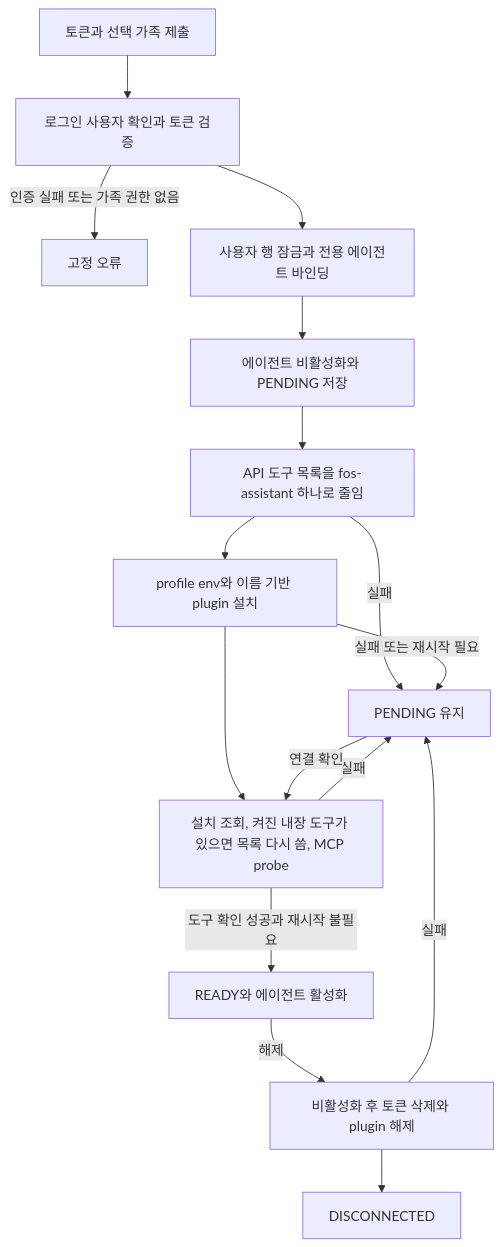
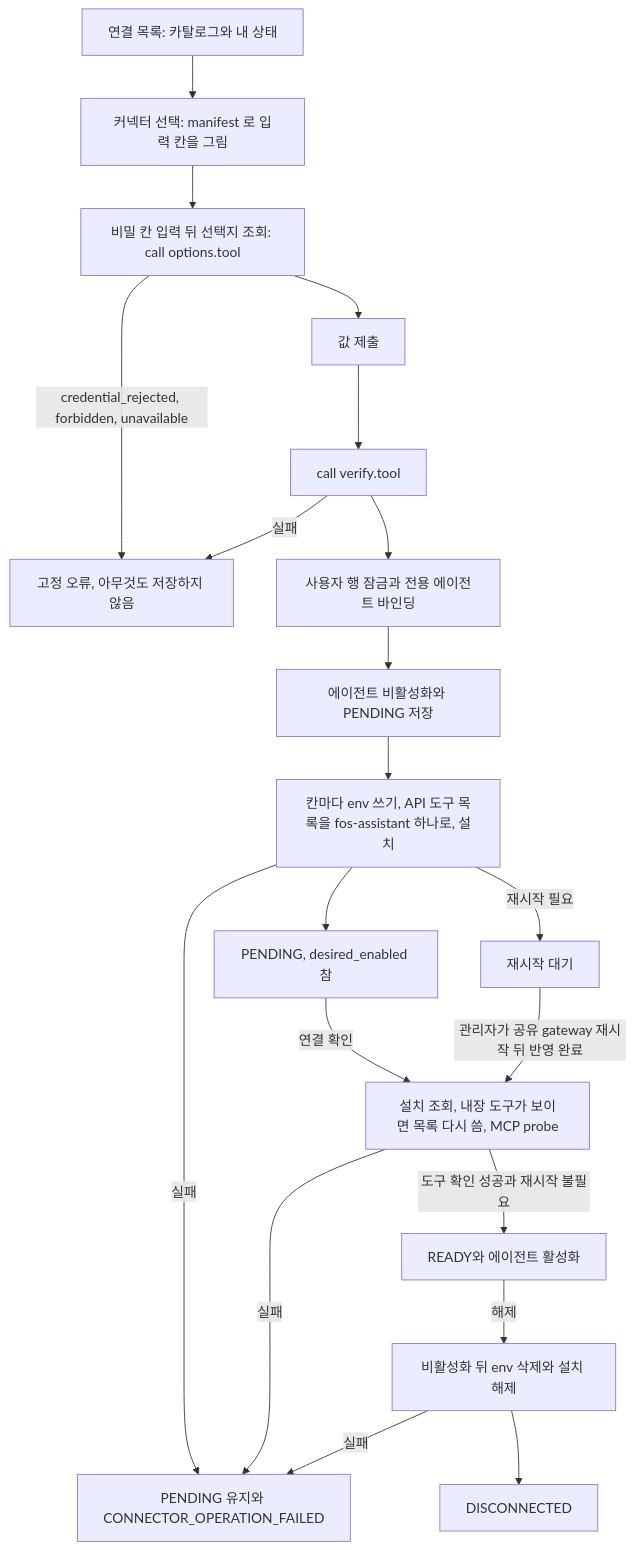
Before and after one commit to jon890/fos-assistant: the first of 28 diagrams in docs/flow.md, drawn with Mermaid. The commit also changed other lines of this file and 7 other files, not shown here.

First line of the commit message:
docs(docs): 커넥터를 plugin 의 connector.json 으로 선언하고 Control Plane 은 범용 흐름만 갖는 결정과 계약을 적는다

````diff
--- a/docs/flow.md
+++ b/docs/flow.md
@@ -5,18 +5,22 @@
 ```mermaid
 flowchart TD
-    A[토큰과 선택 가족 제출] --> B[로그인 사용자 확인과 토큰 검증]
-    B -->|인증 실패 또는 가족 권한 없음| X[고정 오류]
-    B --> C[사용자 행 잠금과 전용 에이전트 바인딩]
+    L[연결 목록: 카탈로그와 내 상태] --> S[커넥터 선택: manifest 로 입력 칸을 그림]
+    S --> O[비밀 칸 입력 뒤 선택지 조회: call options.tool]
+    O -->|credential_rejected, forbidden, unavailable| X[고정 오류, 아무것도 저장하지 않음]
+    O --> A[값 제출]
+    A --> V[call verify.tool]
+    V -->|실패| X
+    V --> C[사용자 행 잠금과 전용 에이전트 바인딩]
     C --> D[에이전트 비활성화와 PENDING 저장]
-    D --> T[API 도구 목록을 fos-assistant 하나로 줄임]
-    T -->|실패| P
-    T --> E[profile env와 이름 기반 plugin 설치]
-    E -->|실패 또는 재시작 필요| P[PENDING 유지]
-    E --> F[설치 조회, 켜진 내장 도구가 있으면 목록 다시 씀, MCP probe]
+    D --> E[칸마다 env 쓰기, API 도구 목록을 fos-assistant 하나로, 설치]
+    E -->|실패| P[PENDING 유지와 CONNECTOR_OPERATION_FAILED]
+    E -->|재시작 필요| W[재시작 대기]
+    E --> P2[PENDING, desired_enabled 참]
+    P2 -->|연결 확인| F[설치 조회, 내장 도구가 보이면 목록 다시 씀, MCP probe]
     F -->|도구 확인 성공과 재시작 불필요| R[READY와 에이전트 활성화]
     F -->|실패| P
-    P -->|연결 확인| F
-    R -->|해제| U[비활성화 후 토큰 삭제와 plugin 해제]
+    W -->|관리자가 공유 gateway 재시작 뒤 반영 완료| F
+    R -->|해제| U[비활성화 뒤 env 삭제와 설치 해제]
     U -->|실패| P
     U --> Z[DISCONNECTED]
 ```
````
